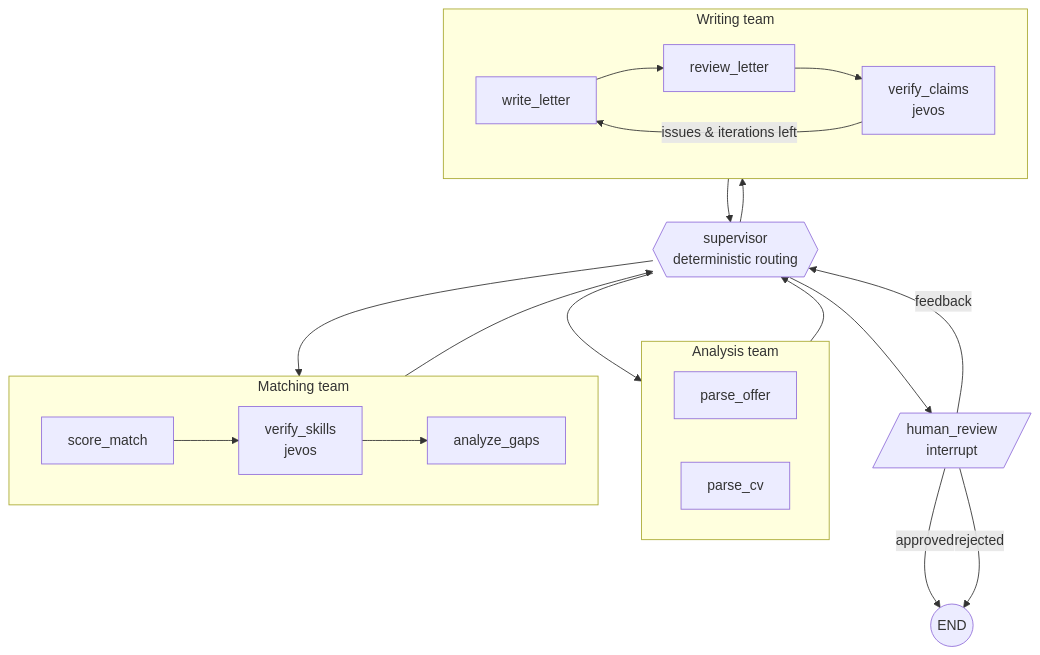
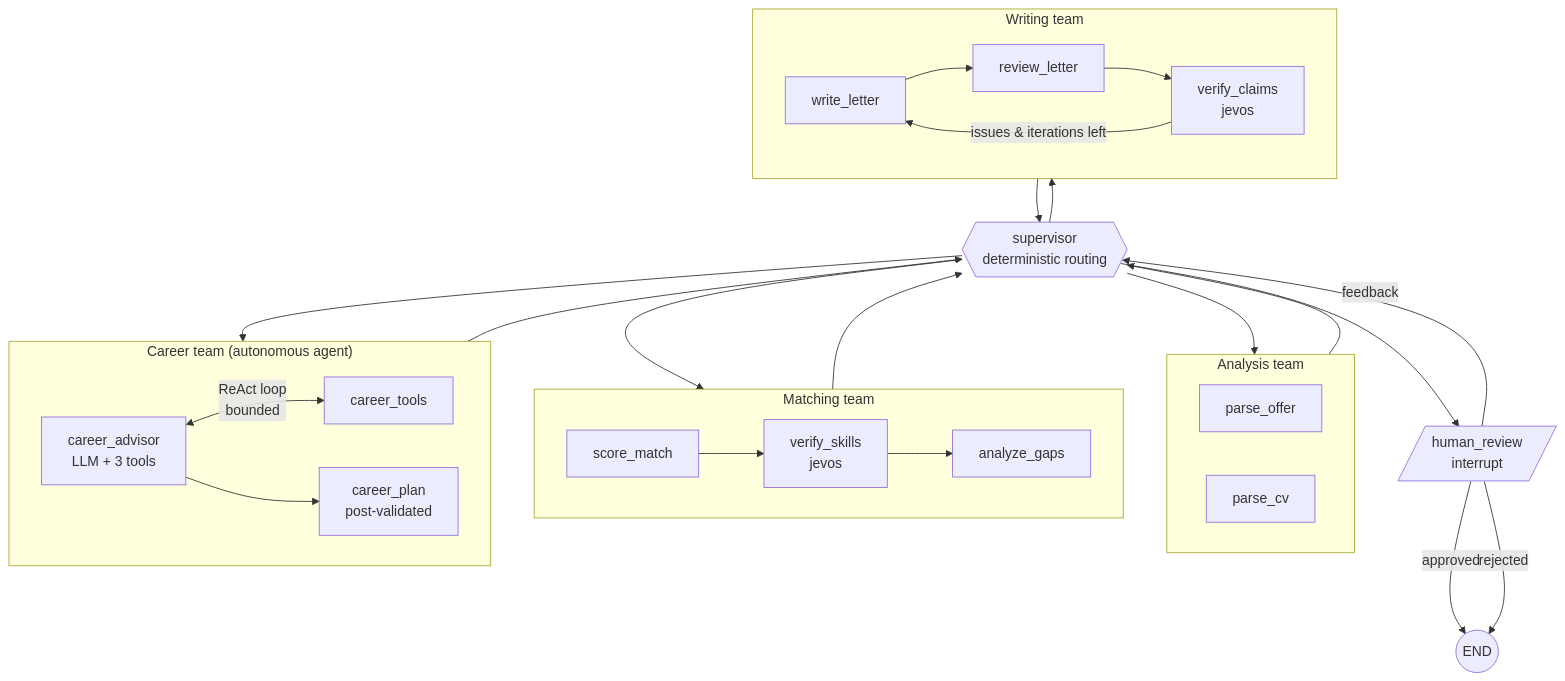
Before and after one commit to DHoudetot-Cyril/jobmatch-agent: the second of 2 diagrams in README.md, drawn with Mermaid. The commit also changed other lines of this file and 9 other files, not shown here.

First line of the commit message:
docs: career advisor agent, workflow vs autonomous agent, ADR 0009

````diff
--- a/README.md
+++ b/README.md
@@ -65,23 +68,28 @@
 ```mermaid
 flowchart TD
     S{{supervisor<br/>deterministic routing}}
     subgraph A["Analysis team"]
         PO[parse_offer]
         PC[parse_cv]
     end
     subgraph M["Matching team"]
         SM[score_match] --> VS[verify_skills<br/>jevos] --> AG[analyze_gaps]
     end
+    subgraph C["Career team (autonomous agent)"]
+        CA[career_advisor<br/>LLM + 3 tools] <-->|ReAct loop<br/>bounded| CT[career_tools]
+        CA --> CP[career_plan<br/>post-validated]
+    end
     subgraph W["Writing team"]
         WL[write_letter] --> RL[review_letter] --> VC[verify_claims<br/>jevos]
         VC -->|issues & iterations left| WL
     end
     H[/human_review<br/>interrupt/]
     S --> A --> S
     S --> M --> S
+    S --> C --> S
     S --> W --> S
     S --> H
     H -->|approved| E((END))
     H -->|feedback| S
     H -->|rejected| E
 ```
````
